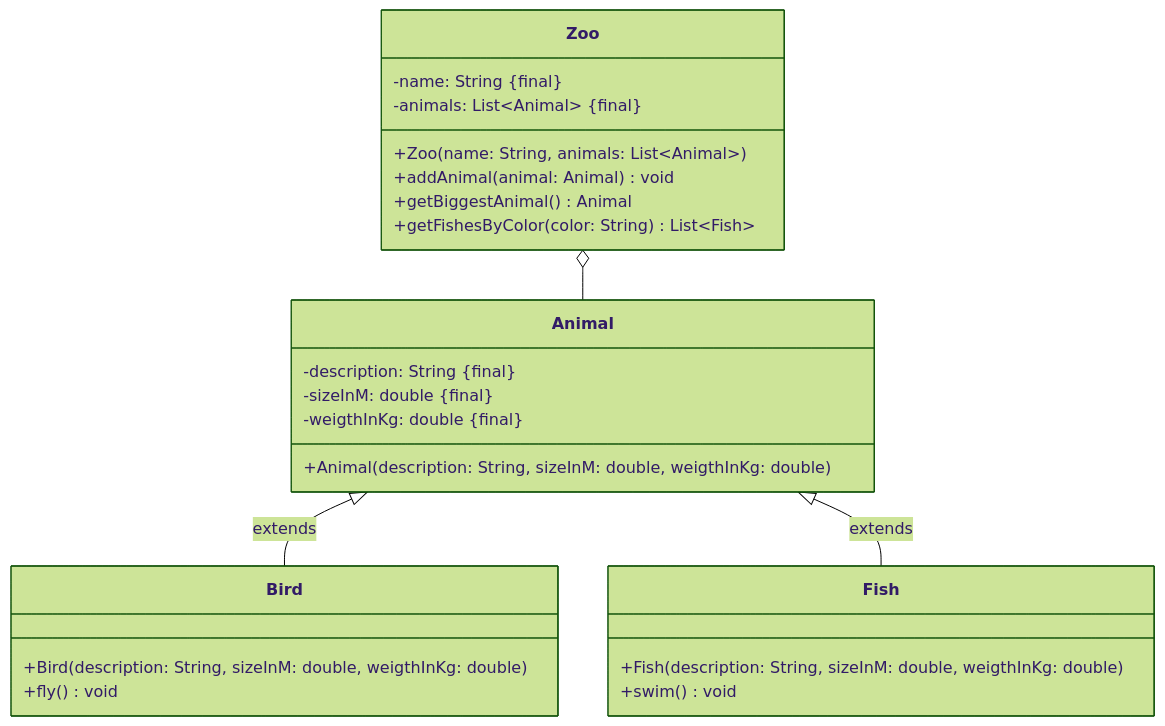
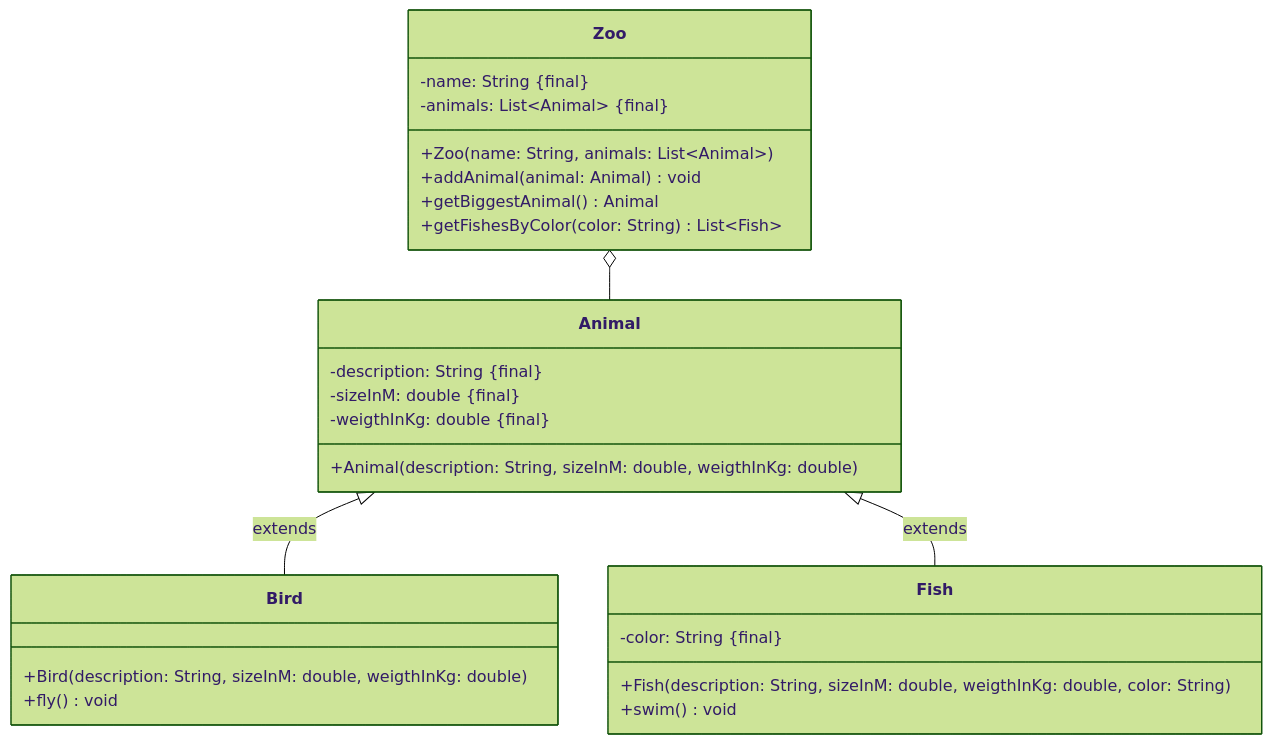
One commit to jappuccini/java-docs changed the diagram in docs/exam-exercises/exam-exercises-java1/class-diagrams/zoo.md. Above: the diagram before and after it, drawn with Mermaid (forest theme).

Commit message:
Update zoo.md (#373)

````diff
--- a/docs/exam-exercises/exam-exercises-java1/class-diagrams/zoo.md
+++ b/docs/exam-exercises/exam-exercises-java1/class-diagrams/zoo.md
@@ -12,32 +12,33 @@
 ```mermaid
 classDiagram
     Zoo o-- Animal
     Animal <|-- Bird : extends
     Animal <|-- Fish : extends
 
     class Zoo {
         -name: String #123;final#125;
         -animals: List~Animal~ #123;final#125;
         +Zoo(name: String, animals: List~Animal~)
         +addAnimal(animal: Animal) void
         +getBiggestAnimal() Animal
         +getFishesByColor(color: String) List~Fish~
     }
 
     class Animal {
         -description: String #123;final#125;
         -sizeInM: double #123;final#125;
         -weigthInKg: double #123;final#125;
         +Animal(description: String, sizeInM: double, weigthInKg: double)
     }
 
     class Bird {
         +Bird(description: String, sizeInM: double, weigthInKg: double)
         +fly() void
     }
 
     class Fish {
-        +Fish(description: String, sizeInM: double, weigthInKg: double)
+        -color: String #123;final#125;
+        +Fish(description: String, sizeInM: double, weigthInKg: double, color: String)
         +swim() void
     }
 ```
````
